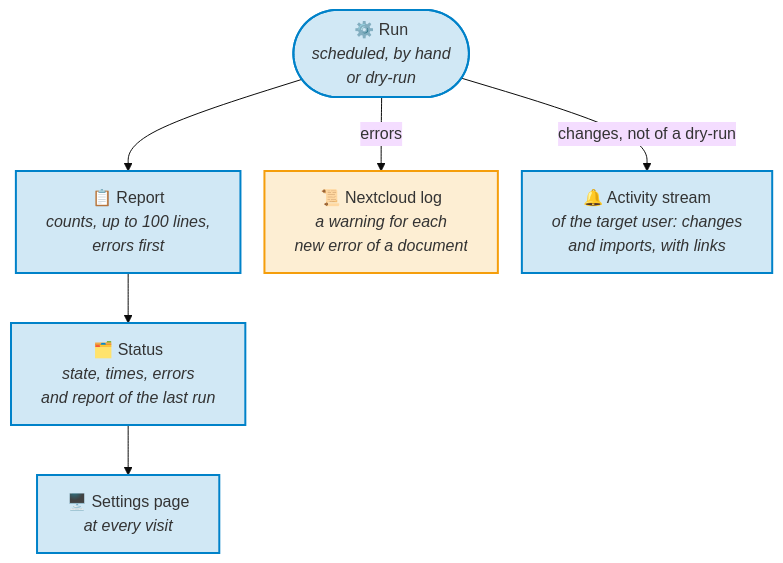
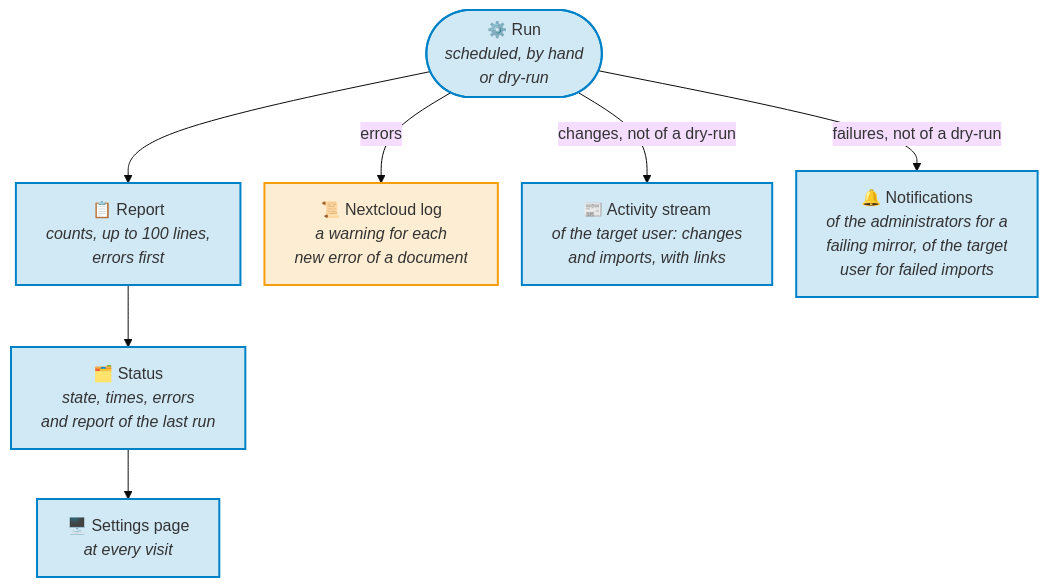
One commit to Dennis-Otto/paperless-sync changed the diagram in docs/diagrams/where-the-outcome-of-a-run-goes.mmd. Above: the diagram before and after it, drawn with Mermaid (base theme). The commit also changed 44 other files, not shown here.

First line of the commit message:
feat: notify admins when the mirror fails, with a setup check and a status endpoint (#166)

```diff
--- a/docs/diagrams/where-the-outcome-of-a-run-goes.mmd
+++ b/docs/diagrams/where-the-outcome-of-a-run-goes.mmd
@@ -1,24 +1,26 @@
 ---
 config:
   flowchart:
     nodeSpacing: 24
 ---
 flowchart TB
     accTitle: Where the outcome of a run goes
-    accDescr: A run, scheduled, by hand or a dry-run, writes its report. The status of the app keeps the state, the times and the report of the last run, which the settings page shows at every visit, the errors first. The error of a document goes to the Nextcloud log as a warning when it first occurs or changes. A run that changed something, and every import that Paperless finished, failed or refused, adds an entry to the Activity stream of the target user, with links to the files, but a dry-run adds none.
+    accDescr: A run, scheduled, by hand or a dry-run, writes its report. The status of the app keeps the state, the times and the report of the last run, which the settings page shows at every visit, the errors first. The error of a document goes to the Nextcloud log as a warning when it first occurs or changes. A run that changed something, and every import that Paperless finished, failed or refused, adds an entry to the Activity stream of the target user, with links to the files, but a dry-run adds none. A mirror that keeps failing, and every import that failed or was refused, sends a notification, but a dry-run sends none.
 
     run(["`⚙️ Run<br>*scheduled, by hand<br>or dry-run*`"])
     report["`📋 Report<br>*counts, up to 100 lines,<br>errors first*`"]
     status["`🗂️ Status<br>*state, times, errors<br>and report of the last run*`"]
     page["`🖥️ Settings page<br>*at every visit*`"]
     log["`📜 Nextcloud log<br>*a warning for each<br>new error of a document*`"]
-    activity["`🔔 Activity stream<br>*of the target user: changes<br>and imports, with links*`"]
+    activity["`📰 Activity stream<br>*of the target user: changes<br>and imports, with links*`"]
+    notify["`🔔 Notifications<br>*of the administrators for a<br>failing mirror, of the target<br>user for failed imports*`"]
 
     run --> report --> status --> page
     run -- "errors" --> log
     run -- "changes, not of a dry-run" --> activity
+    run -- "failures, not of a dry-run" --> notify
 
     classDef nextcloud fill:#0082c92e,stroke:#0082c9,stroke-width:2px
     classDef warning fill:#f59e0b2e,stroke:#f59e0b,stroke-width:2px
-    class run,report,status,page,activity nextcloud
+    class run,report,status,page,activity,notify nextcloud
     class log warning
```
